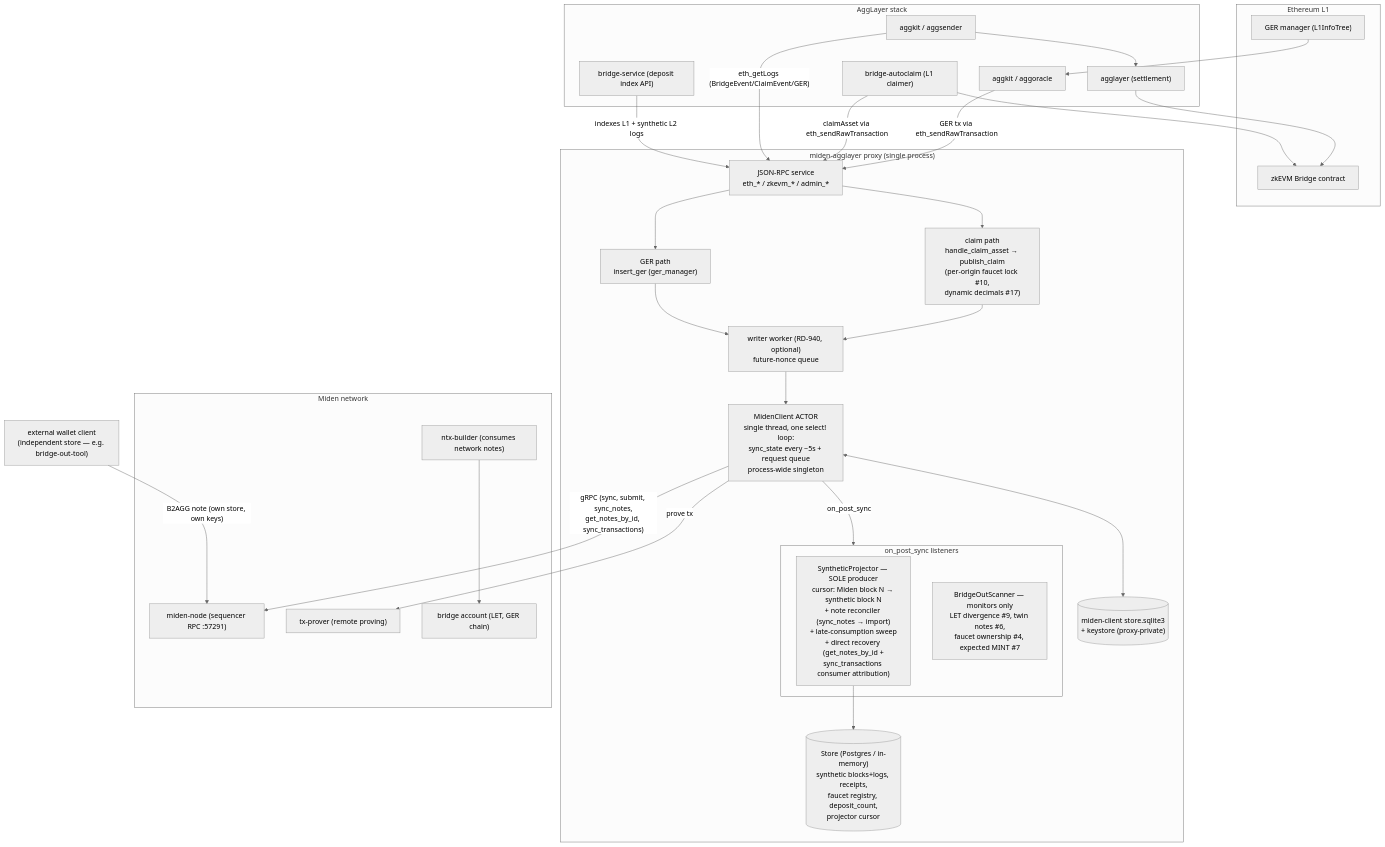
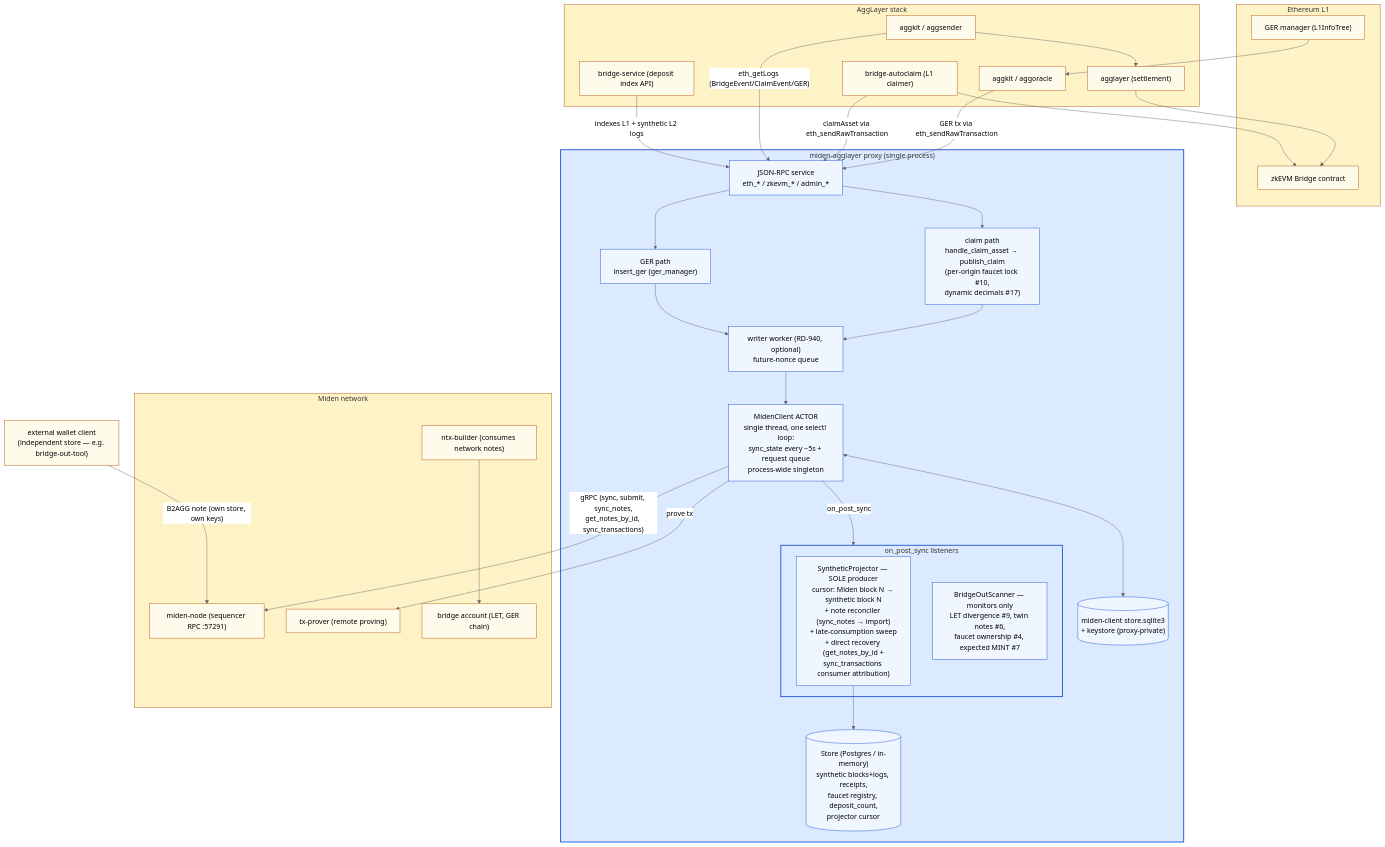
Before and after one commit to gateway-fm/miden-agglayer: the first of 7 diagrams in docs/ARCHITECTURE.md, drawn with Mermaid (neutral theme).

Commit message:
docs: color-code architecture diagram (proxy=blue, external=amber)

````diff
--- a/docs/ARCHITECTURE.md
+++ b/docs/ARCHITECTURE.md
@@ -9,55 +9,64 @@
 ```mermaid
 flowchart TD
     subgraph L1["Ethereum L1"]
         BRIDGE_L1["zkEVM Bridge contract"]
         GERM_L1["GER manager (L1InfoTree)"]
     end
 
     subgraph AGG["AggLayer stack"]
         AGGORACLE["aggkit / aggoracle"]
         AGGSENDER["aggkit / aggsender"]
         AGL["agglayer (settlement)"]
         BSVC["bridge-service (deposit index API)"]
         AUTOCLAIM["bridge-autoclaim (L1 claimer)"]
     end
 
     subgraph PROXY["miden-agglayer proxy (single process)"]
         RPC["JSON-RPC service<br/>eth_* / zkevm_* / admin_*"]
         CLAIM["claim path<br/>handle_claim_asset → publish_claim<br/>(per-origin faucet lock #10,<br/>dynamic decimals #17)"]
         GER["GER path<br/>insert_ger (ger_manager)"]
         WW["writer worker (RD-940, optional)<br/>future-nonce queue"]
         MC["MidenClient ACTOR<br/>single thread, one select! loop:<br/>sync_state every ~5s + request queue<br/>process-wide singleton"]
         subgraph LISTENERS["on_post_sync listeners"]
             SP["SyntheticProjector — SOLE producer<br/>cursor: Miden block N → synthetic block N<br/>+ note reconciler (sync_notes → import)<br/>+ late-consumption sweep<br/>+ direct recovery (get_notes_by_id +<br/>sync_transactions consumer attribution)"]
             BOS["BridgeOutScanner — monitors only<br/>LET divergence #9, twin notes #6,<br/>faucet ownership #4, expected MINT #7"]
         end
         STORE[("Store (Postgres / in-memory)<br/>synthetic blocks+logs, receipts,<br/>faucet registry, deposit_count,<br/>projector cursor")]
         SQLITE[("miden-client store.sqlite3<br/>+ keystore (proxy-private)")]
     end
 
     subgraph MIDEN["Miden network"]
         NODE["miden-node (sequencer RPC :57291)"]
         NTX["ntx-builder (consumes network notes)"]
         PROVER["tx-prover (remote proving)"]
         BACC["bridge account (LET, GER chain)"]
     end
 
     EXTW["external wallet client<br/>(independent store — e.g. bridge-out-tool)"]
 
     AGGORACLE -- "GER tx via eth_sendRawTransaction" --> RPC
     AUTOCLAIM -- "claimAsset via eth_sendRawTransaction" --> RPC
     AGGSENDER -- "eth_getLogs (BridgeEvent/ClaimEvent/GER)" --> RPC
     BSVC -- "indexes L1 + synthetic L2 logs" --> RPC
     RPC --> CLAIM & GER
     CLAIM & GER --> WW --> MC
     MC <--> SQLITE
     MC -- "gRPC (sync, submit, sync_notes,<br/>get_notes_by_id, sync_transactions)" --> NODE
     MC -- "prove tx" --> PROVER
     MC -- "on_post_sync" --> LISTENERS
     SP --> STORE
     NTX --> BACC
     EXTW -- "B2AGG note (own store, own keys)" --> NODE
     AGGSENDER --> AGL --> BRIDGE_L1
     AUTOCLAIM --> BRIDGE_L1
     GERM_L1 --> AGGORACLE
+
+    classDef proxyBox fill:#dbeafe,stroke:#1d4ed8,stroke-width:2px
+    classDef proxyNode fill:#eff6ff,stroke:#1d4ed8
+    classDef externalBox fill:#fef3c7,stroke:#b45309
+    classDef externalNode fill:#fffbeb,stroke:#b45309
+    class PROXY,LISTENERS proxyBox
+    class RPC,CLAIM,GER,WW,MC,SP,BOS,STORE,SQLITE proxyNode
+    class L1,AGG,MIDEN externalBox
+    class BRIDGE_L1,GERM_L1,AGGORACLE,AGGSENDER,AGL,BSVC,AUTOCLAIM,NODE,NTX,PROVER,BACC,EXTW externalNode
 ```
````
